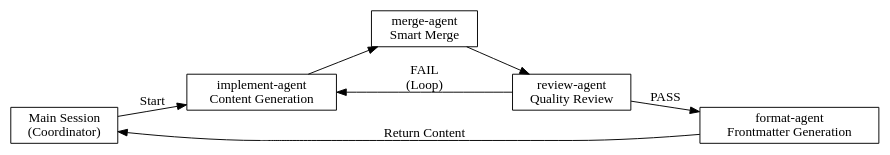
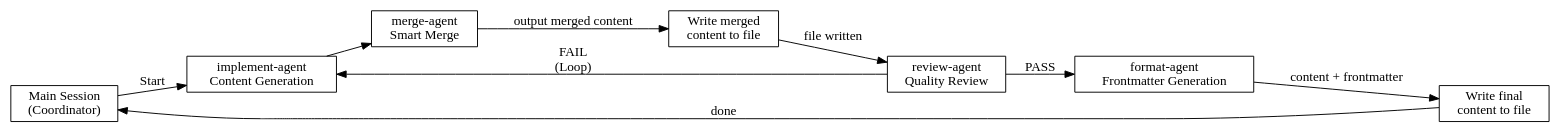
One commit to SGJki/Blog-Update-Skill changed the diagram in skill.md. Above: the diagram before and after it, drawn with Graphviz. The commit also changed other lines of this file and 1 other file, not shown here.

````diff
--- a/skill.md
+++ b/skill.md
@@ -27,19 +27,23 @@
 ```dot
 digraph blog_update {
     rankdir=LR;
     node [shape=box];
 
     main [label="Main Session\n(Coordinator)"];
     implement [label="implement-agent\nContent Generation"];
     merge [label="merge-agent\nSmart Merge"];
+    write1 [label="Write merged\ncontent to file"];
     review [label="review-agent\nQuality Review"];
     format [label="format-agent\nFrontmatter Generation"];
+    write2 [label="Write final\ncontent to file"];
 
     main -> implement [label="Start"];
     implement -> merge;
-    merge -> review;
+    merge -> write1 [label="output merged content"];
+    write1 -> review [label="file written"];
     review -> format [label="PASS"];
     review -> implement [label="FAIL\n(Loop)"];
-    format -> main [label="Return Content"];
+    format -> write2 [label="content + frontmatter"];
+    write2 -> main [label="done"];
 }
 ```
````
